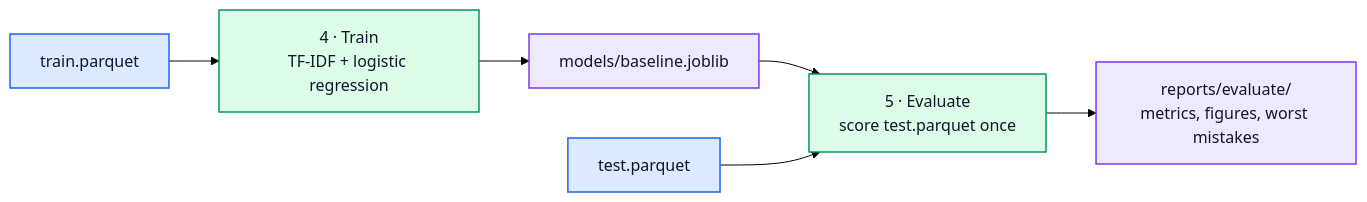
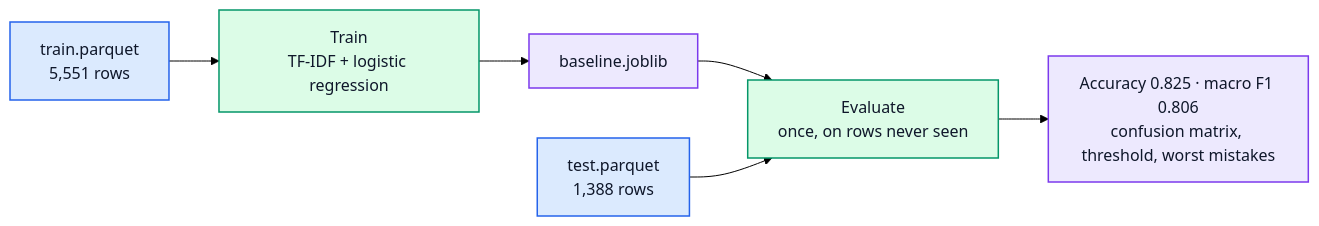
One commit to andres-linero/Banking-Complaints-NLP-Classifier changed the diagram in README.md. Above: the diagram before and after it, drawn with Mermaid (forest theme). The commit also changed other lines of this file, not shown here.

First line of the commit message:
Fold the README diagrams into one: train, test, evaluate

````diff
--- a/README.md
+++ b/README.md
@@ -54,16 +35,16 @@
 ```mermaid
 flowchart LR
     classDef file fill:#dbeafe,stroke:#2563eb,stroke-width:1.5px,color:#0f172a
     classDef step fill:#dcfce7,stroke:#059669,stroke-width:1.5px,color:#0f172a
     classDef out fill:#ede9fe,stroke:#7c3aed,stroke-width:1.5px,color:#0f172a
 
-    TR["train.parquet"] --> TRAIN["4 · Train<br/>TF-IDF + logistic regression"]
-    TRAIN --> MODEL["models/baseline.joblib"]
-    MODEL --> EVAL["5 · Evaluate<br/>score test.parquet once"]
-    TE["test.parquet"] --> EVAL
-    EVAL --> REP["reports/evaluate/<br/>metrics, figures, worst mistakes"]
+    TR["train.parquet<br/>5,551 rows"] --> TRAIN["Train<br/>TF-IDF + logistic regression"]
+    TRAIN --> MODEL["baseline.joblib"]
+    MODEL --> EVAL["Evaluate<br/>once, on rows never seen"]
+    TE["test.parquet<br/>1,388 rows"] --> EVAL
+    EVAL --> REP["Accuracy 0.825 · macro F1 0.806<br/>confusion matrix, threshold, worst mistakes"]
 
     class TR,TE file
     class TRAIN,EVAL step
     class MODEL,REP out
 ```
````
